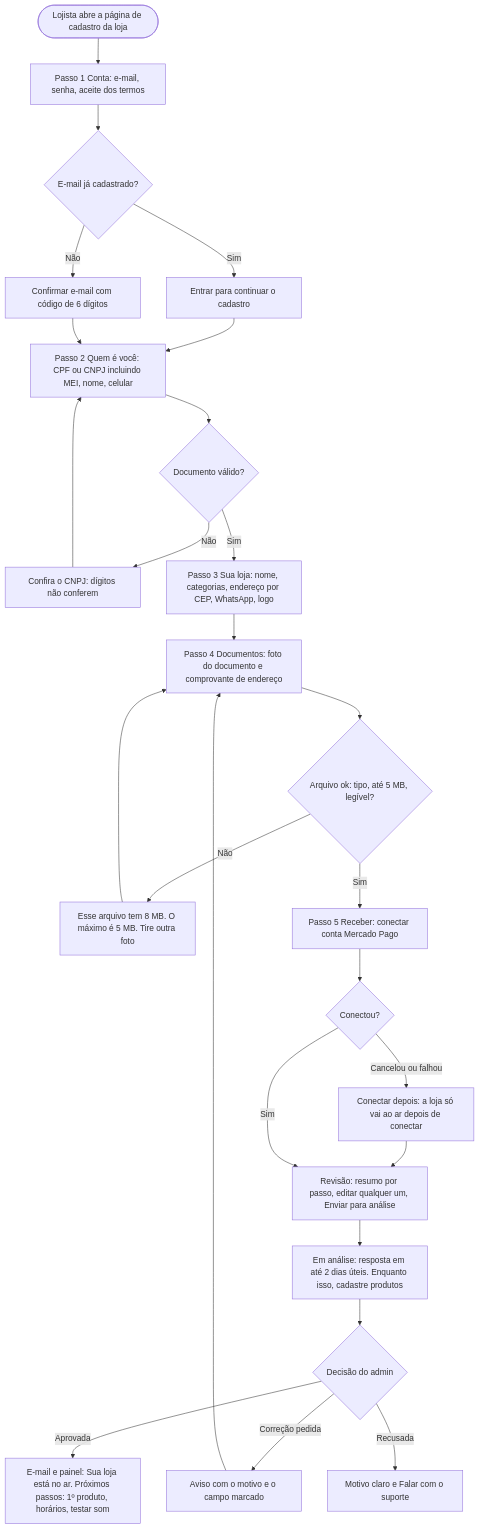
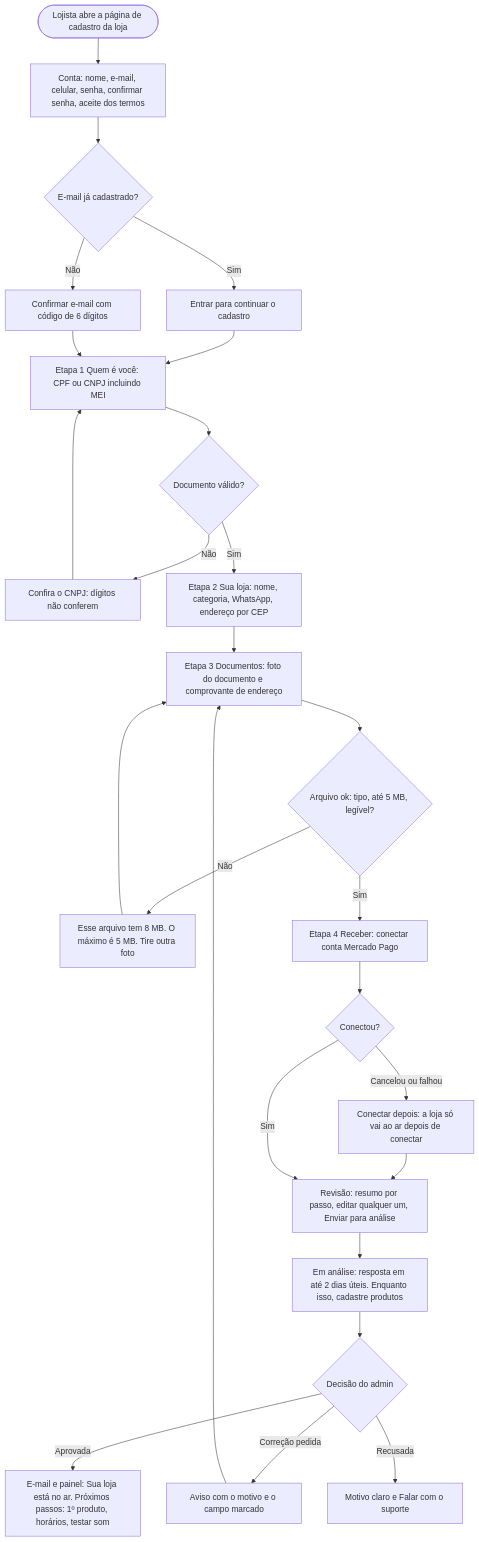
One commit to yagogavilan/webag changed the second of 4 diagrams in docs/design/fluxos.md. Above: the diagram before and after it, drawn with Mermaid. The commit also changed other lines of this file and 3 other files, not shown here.

````diff
--- a/docs/design/fluxos.md
+++ b/docs/design/fluxos.md
@@ -126,28 +126,28 @@
 ```mermaid
 flowchart TD
-  A(["Lojista abre a página de cadastro da loja"]) --> B["Passo 1 Conta: e-mail, senha, aceite dos termos"]
+  A(["Lojista abre a página de cadastro da loja"]) --> B["Conta: nome, e-mail, celular, senha, confirmar senha, aceite dos termos"]
   B --> C{"E-mail já cadastrado?"}
   C -->|Sim| C1["Entrar para continuar o cadastro"]
   C1 --> D
   C -->|Não| C2["Confirmar e-mail com código de 6 dígitos"]
-  C2 --> D["Passo 2 Quem é você: CPF ou CNPJ incluindo MEI, nome, celular"]
+  C2 --> D["Etapa 1 Quem é você: CPF ou CNPJ incluindo MEI"]
   D --> D1{"Documento válido?"}
   D1 -->|Não| D2["Confira o CNPJ: dígitos não conferem"]
   D2 --> D
-  D1 -->|Sim| E["Passo 3 Sua loja: nome, categorias, endereço por CEP, WhatsApp, logo"]
-  E --> F["Passo 4 Documentos: foto do documento e comprovante de endereço"]
+  D1 -->|Sim| E["Etapa 2 Sua loja: nome, categoria, WhatsApp, endereço por CEP"]
+  E --> F["Etapa 3 Documentos: foto do documento e comprovante de endereço"]
   F --> F1{"Arquivo ok: tipo, até 5 MB, legível?"}
   F1 -->|Não| F2["Esse arquivo tem 8 MB. O máximo é 5 MB. Tire outra foto"]
   F2 --> F
-  F1 -->|Sim| G["Passo 5 Receber: conectar conta Mercado Pago"]
+  F1 -->|Sim| G["Etapa 4 Receber: conectar conta Mercado Pago"]
   G --> G1{"Conectou?"}
   G1 -->|Cancelou ou falhou| G2["Conectar depois: a loja só vai ao ar depois de conectar"]
   G2 --> H
   G1 -->|Sim| H["Revisão: resumo por passo, editar qualquer um, Enviar para análise"]
   H --> I["Em análise: resposta em até 2 dias úteis. Enquanto isso, cadastre produtos"]
   I --> J{"Decisão do admin"}
   J -->|Aprovada| K["E-mail e painel: Sua loja está no ar. Próximos passos: 1º produto, horários, testar som"]
   J -->|Correção pedida| L["Aviso com o motivo e o campo marcado"]
   L --> F
   J -->|Recusada| M["Motivo claro e Falar com o suporte"]
 ```
````
